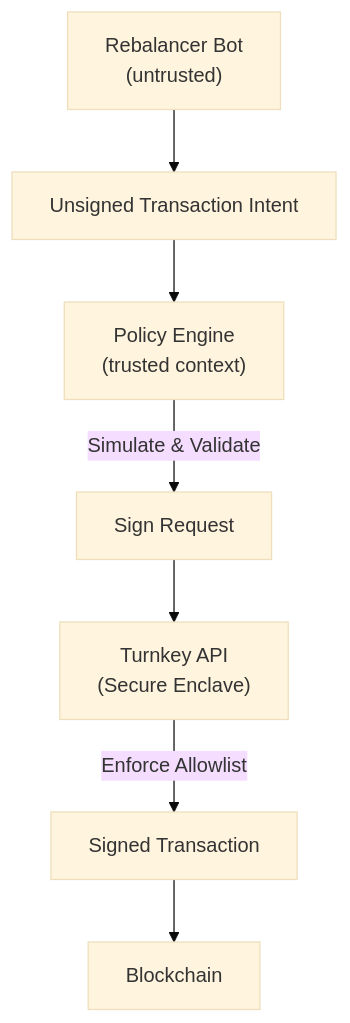
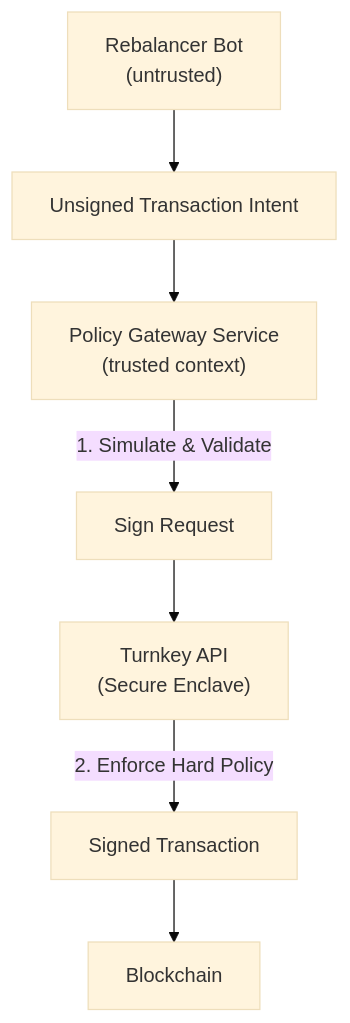
The diagram in keys/turnkey-policy-signers.md (elitraOS/elitra-core), drawn with Mermaid (base theme) before and after one commit. The commit also changed other lines of this file and 4 other files, not shown here.

````diff
--- a/keys/turnkey-policy-signers.md
+++ b/keys/turnkey-policy-signers.md
@@ -23,9 +23,9 @@
 ```mermaid
 flowchart TB
     Bot["Rebalancer Bot<br/>(untrusted)"] --> Intent[Unsigned Transaction Intent]
-    Intent --> PolicyEng["Policy Engine<br/>(trusted context)"]
-    PolicyEng -->|Simulate & Validate| TurnkeyRequest[Sign Request]
+    Intent --> PolicySvc["Policy Gateway Service<br/>(trusted context)"]
+    PolicySvc -->|1. Simulate & Validate| TurnkeyRequest[Sign Request]
     TurnkeyRequest --> Turnkey["Turnkey API<br/>(Secure Enclave)"]
-    Turnkey -->|Enforce Allowlist| Signed[Signed Transaction]
+    Turnkey -->|2. Enforce Hard Policy| Signed[Signed Transaction]
     Signed --> Blockchain
 ```
````
